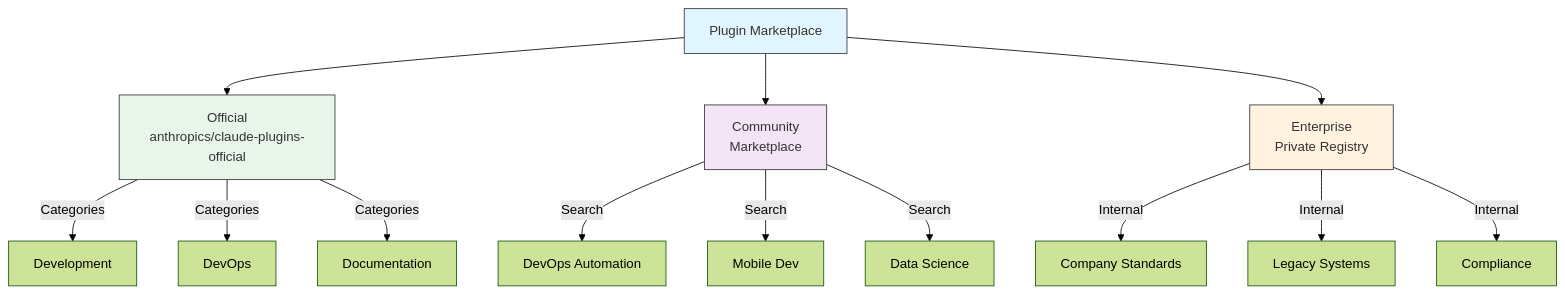
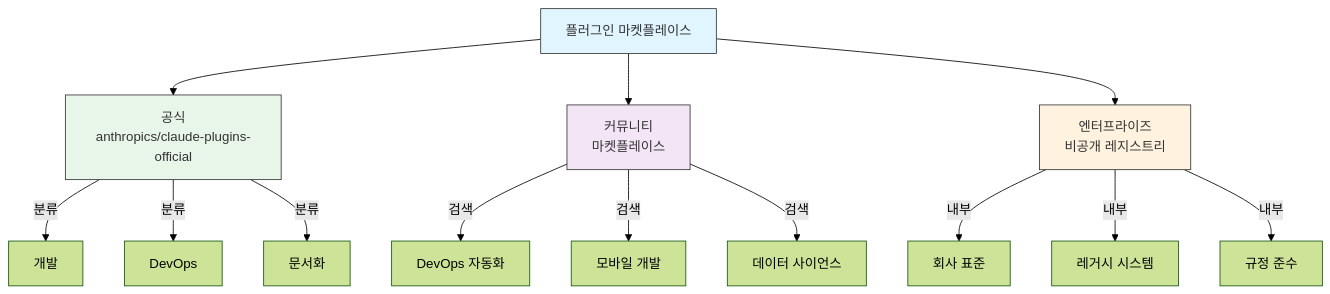
The third of 5 diagrams in 07-plugins/README.md (KIMDONGWHEE99/howkorean), drawn with Mermaid (forest theme) before and after one commit. The commit also changed other lines of this file and 1 other file, not shown here.

First line of the commit message:
docs(plugins): 07-plugins 가이드를 한국어로 번역

````diff
--- a/07-plugins/README.md
+++ b/07-plugins/README.md
@@ -534,28 +534,28 @@
 ```mermaid
 graph TB
-    A["Plugin Marketplace"]
-    B["Official<br/>anthropics/claude-plugins-official"]
-    C["Community<br/>Marketplace"]
-    D["Enterprise<br/>Private Registry"]
+    A["플러그인 마켓플레이스"]
+    B["공식<br/>anthropics/claude-plugins-official"]
+    C["커뮤니티<br/>마켓플레이스"]
+    D["엔터프라이즈<br/>비공개 레지스트리"]
 
     A --> B
     A --> C
     A --> D
 
-    B -->|Categories| B1["Development"]
-    B -->|Categories| B2["DevOps"]
-    B -->|Categories| B3["Documentation"]
+    B -->|분류| B1["개발"]
+    B -->|분류| B2["DevOps"]
+    B -->|분류| B3["문서화"]
 
-    C -->|Search| C1["DevOps Automation"]
-    C -->|Search| C2["Mobile Dev"]
-    C -->|Search| C3["Data Science"]
+    C -->|검색| C1["DevOps 자동화"]
+    C -->|검색| C2["모바일 개발"]
+    C -->|검색| C3["데이터 사이언스"]
 
-    D -->|Internal| D1["Company Standards"]
-    D -->|Internal| D2["Legacy Systems"]
-    D -->|Internal| D3["Compliance"]
+    D -->|내부| D1["회사 표준"]
+    D -->|내부| D2["레거시 시스템"]
+    D -->|내부| D3["규정 준수"]
 
     style A fill:#e1f5fe,stroke:#333,color:#333
     style B fill:#e8f5e9,stroke:#333,color:#333
     style C fill:#f3e5f5,stroke:#333,color:#333
     style D fill:#fff3e0,stroke:#333,color:#333
 ```
````
